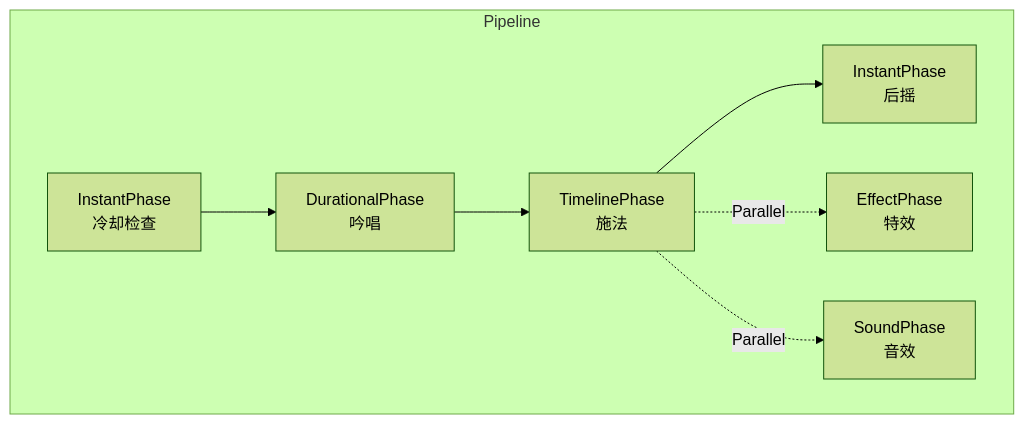
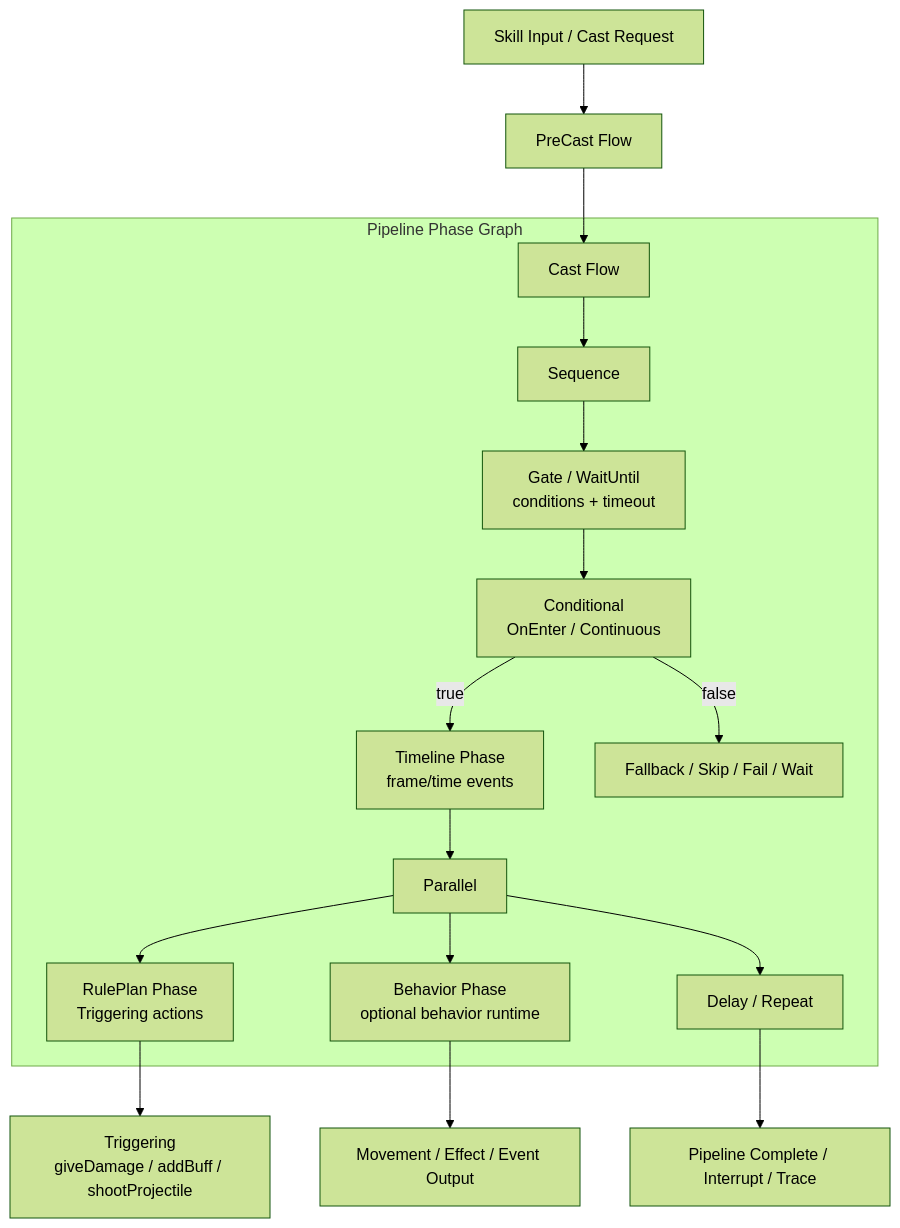
One commit to Kurumioi/AbilityKit changed the second of 5 diagrams in README.md. Above: the diagram before and after it, drawn with Mermaid (forest theme). The commit also changed other lines of this file, not shown here.

````diff
--- a/README.md
+++ b/README.md
@@ -194,8 +310,23 @@
 ```mermaid
 flowchart TD
-    subgraph Pipeline["Pipeline"]
-        P1["InstantPhase\n冷却检查"] --> P2["DurationalPhase\n吟唱"] --> P3["TimelinePhase\n施法"] --> P4["InstantPhase\n后摇"]
-        P3 -.->|"Parallel"| P3_1["EffectPhase\n特效"]
-        P3 -.->|"Parallel"| P3_2["SoundPhase\n音效"]
+    Start["Skill Input / Cast Request"] --> PreCast["PreCast Flow"]
+    PreCast --> Cast["Cast Flow"]
+
+    subgraph Pipeline["Pipeline Phase Graph"]
+        Cast --> Sequence["Sequence"]
+        Sequence --> Gate["Gate / WaitUntil\nconditions + timeout"]
+        Gate --> Branch["Conditional\nOnEnter / Continuous"]
+
+        Branch -->|"true"| Timeline["Timeline Phase\nframe/time events"]
+        Branch -->|"false"| Fallback["Fallback / Skip / Fail / Wait"]
+
+        Timeline --> Parallel["Parallel"]
+        Parallel --> RulePlan["RulePlan Phase\nTriggering actions"]
+        Parallel --> Behavior["Behavior Phase\noptional behavior runtime"]
+        Parallel --> Delay["Delay / Repeat"]
     end
+
+    RulePlan --> Triggering["Triggering\ngiveDamage / addBuff / shootProjectile"]
+    Behavior --> Output["Movement / Effect / Event Output"]
+    Delay --> Complete["Pipeline Complete / Interrupt / Trace"]
 ```
````
